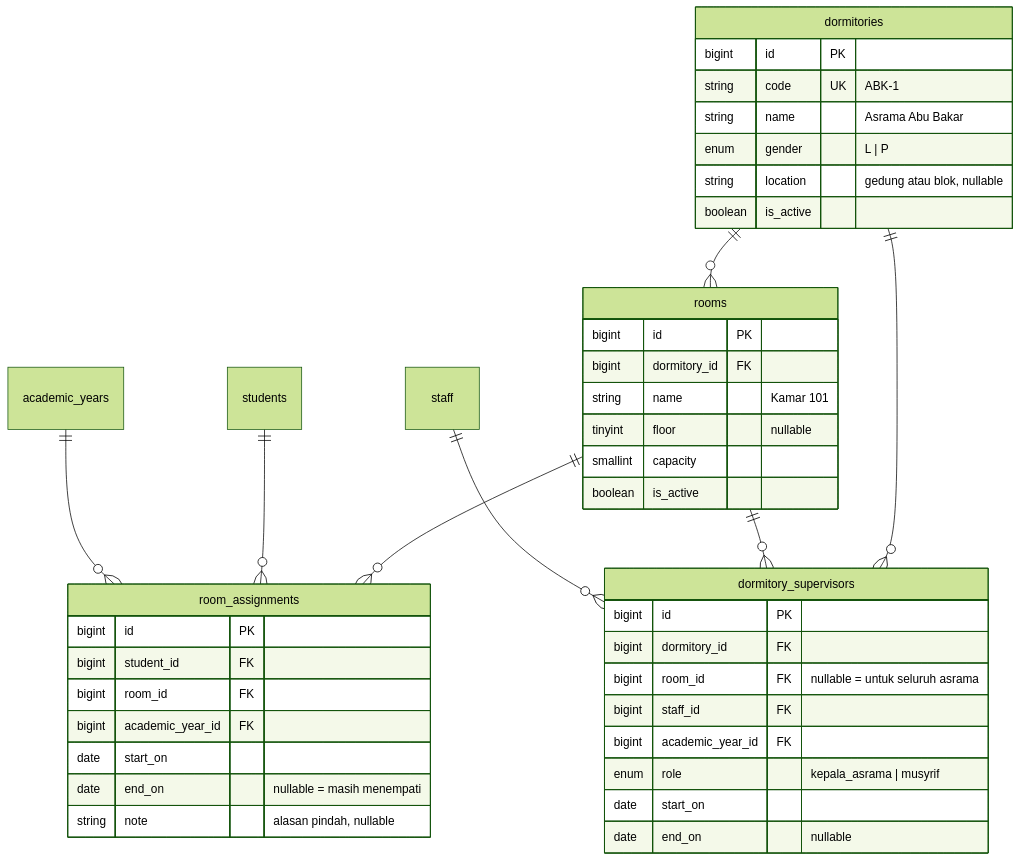
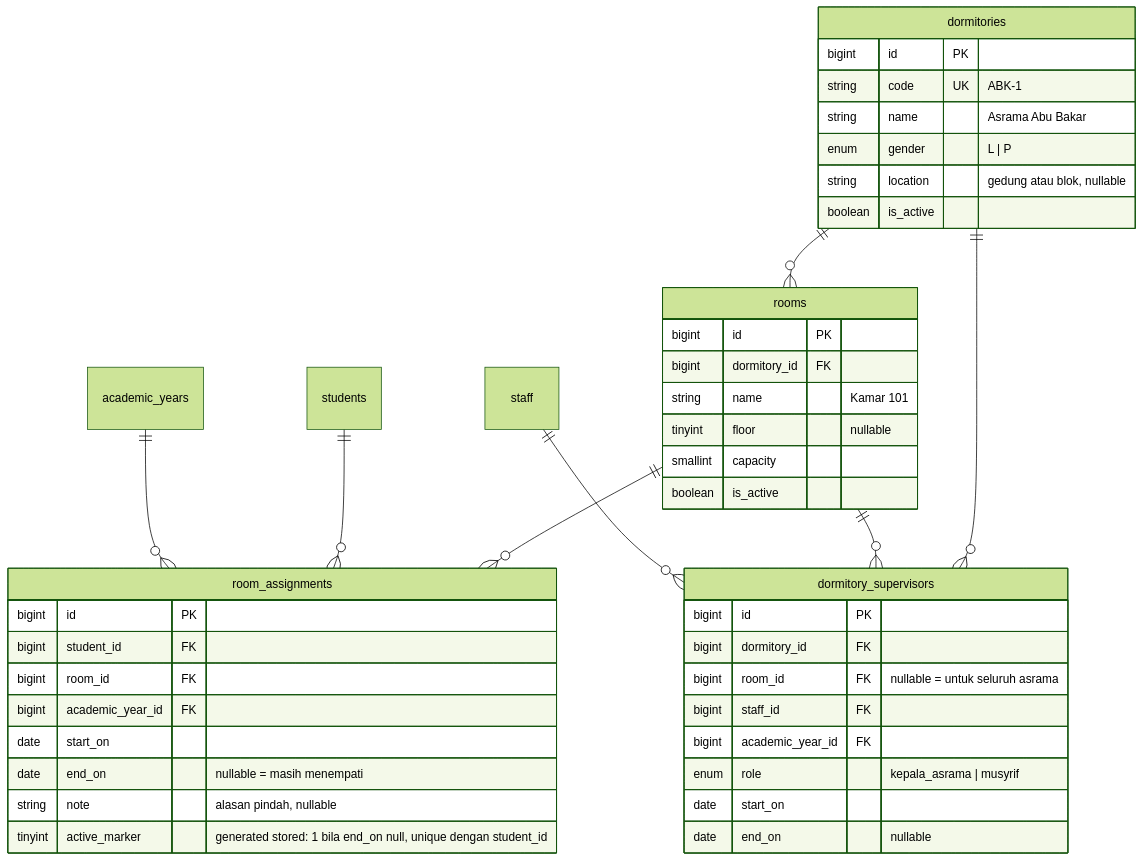
The third of 11 diagrams in docs/erd.md (dankedev/pondok), drawn with Mermaid (forest theme) before and after one commit. The commit also changed other lines of this file and 1 other file, not shown here.

Commit message:
docs(asrama): rencana F003 dan constraint satu penempatan aktif

````diff
--- a/docs/erd.md
+++ b/docs/erd.md
@@ -170,46 +170,47 @@
 ```mermaid
 erDiagram
   dormitories {
     bigint id PK
     string code UK "ABK-1"
     string name "Asrama Abu Bakar"
     enum gender "L | P"
     string location "gedung atau blok, nullable"
     boolean is_active
   }
   rooms {
     bigint id PK
     bigint dormitory_id FK
     string name "Kamar 101"
     tinyint floor "nullable"
     smallint capacity
     boolean is_active
   }
   room_assignments {
     bigint id PK
     bigint student_id FK
     bigint room_id FK
     bigint academic_year_id FK
     date start_on
     date end_on "nullable = masih menempati"
     string note "alasan pindah, nullable"
+    tinyint active_marker "generated stored: 1 bila end_on null, unique dengan student_id"
   }
   dormitory_supervisors {
     bigint id PK
     bigint dormitory_id FK
     bigint room_id FK "nullable = untuk seluruh asrama"
     bigint staff_id FK
     bigint academic_year_id FK
     enum role "kepala_asrama | musyrif"
     date start_on
     date end_on "nullable"
   }
   dormitories ||--o{ rooms : ""
   rooms ||--o{ room_assignments : ""
   students ||--o{ room_assignments : ""
   academic_years ||--o{ room_assignments : ""
   dormitories ||--o{ dormitory_supervisors : ""
   rooms ||--o{ dormitory_supervisors : ""
   staff ||--o{ dormitory_supervisors : ""
   
 ```
````
